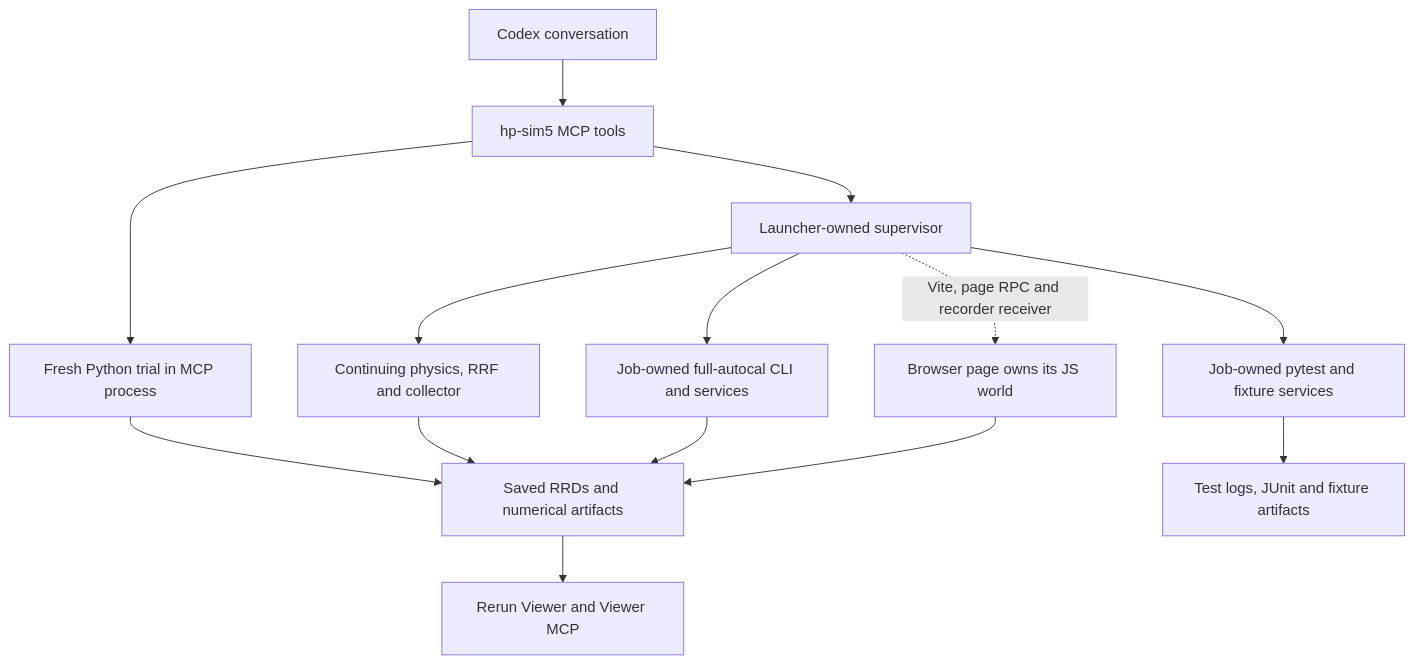
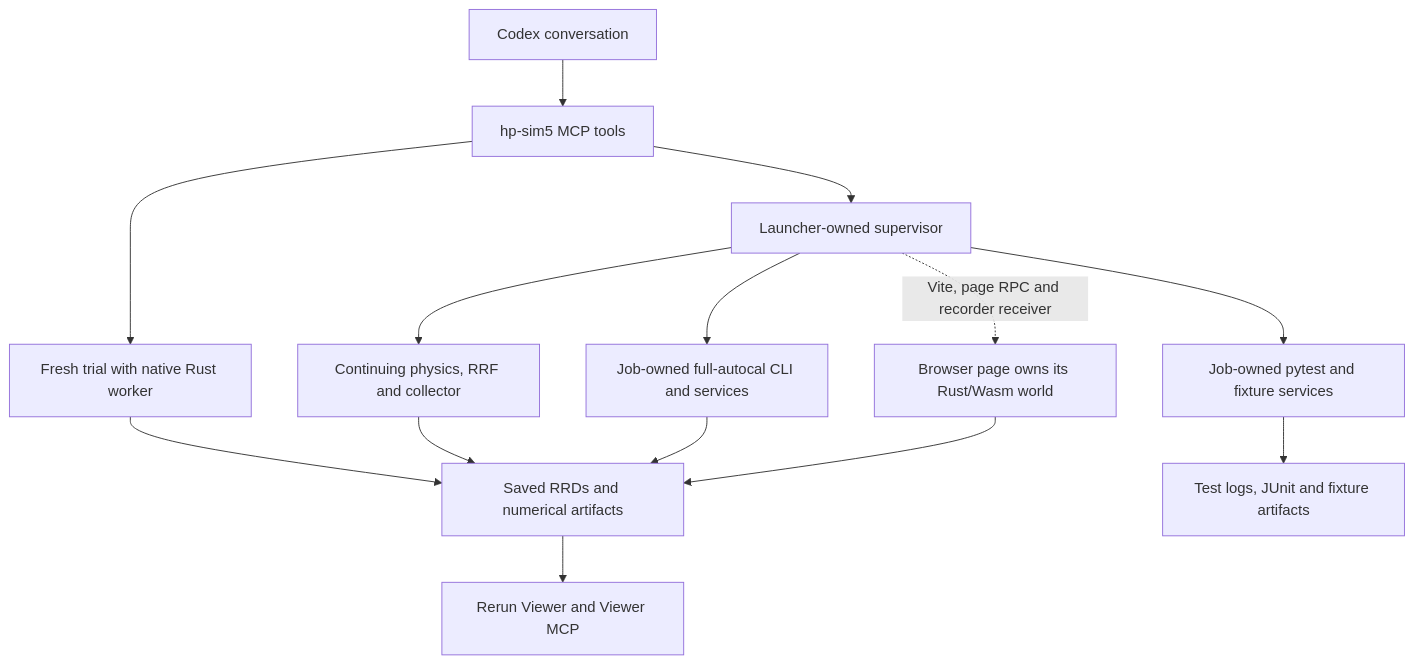
One commit to tobbelobb/hp-sim5 changed the diagram in research/architecture.md. Above: the diagram before and after it, drawn with Mermaid. The commit also changed other lines of this file and 35 other files, not shown here.

Commit message:
Native Rust simulation

````diff
--- a/research/architecture.md
+++ b/research/architecture.md
@@ -16,16 +16,16 @@
 ```mermaid
 flowchart TD
     chat[Codex conversation] --> tools[hp-sim5 MCP tools]
-    tools --> fresh[Fresh Python trial in MCP process]
+    tools --> fresh[Fresh trial with native Rust worker]
     tools --> supervisor[Launcher-owned supervisor]
     supervisor --> continuing[Continuing physics, RRF and collector]
     supervisor --> autocal[Job-owned full-autocal CLI and services]
     supervisor --> tests[Job-owned pytest and fixture services]
-    supervisor -. Vite, page RPC and recorder receiver .-> browser[Browser page owns its JS world]
+    supervisor -. Vite, page RPC and recorder receiver .-> browser[Browser page owns its Rust/Wasm world]
     fresh --> rrd[Saved RRDs and numerical artifacts]
     continuing --> rrd
     autocal --> rrd
     browser --> rrd
     tests --> logs[Test logs, JUnit and fixture artifacts]
     rrd --> viewer[Rerun Viewer and Viewer MCP]
 ```
````
